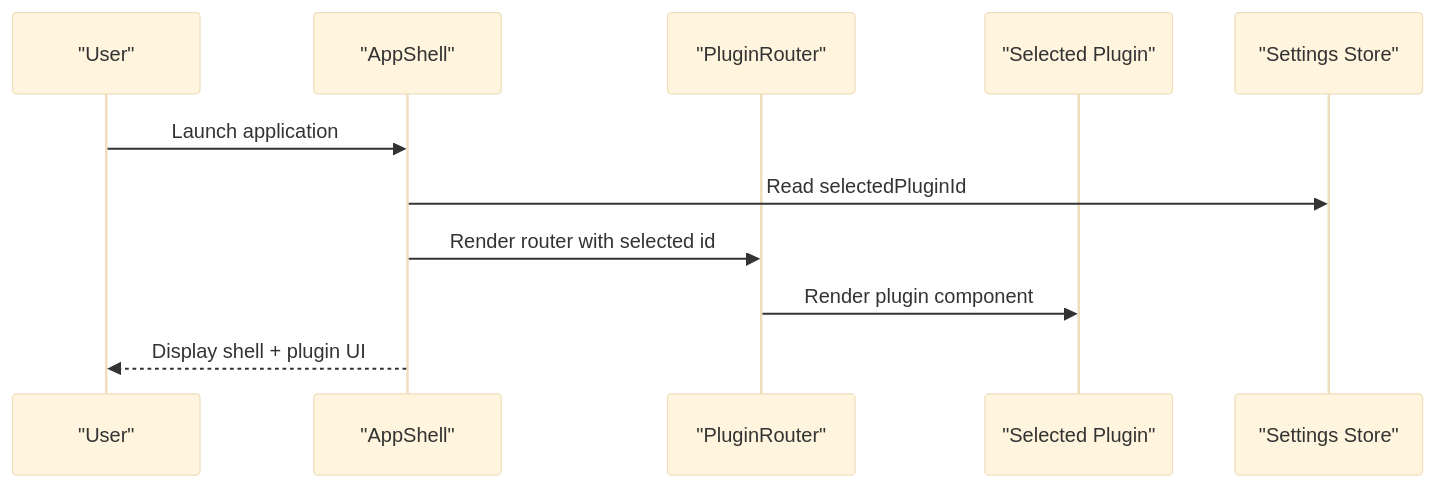
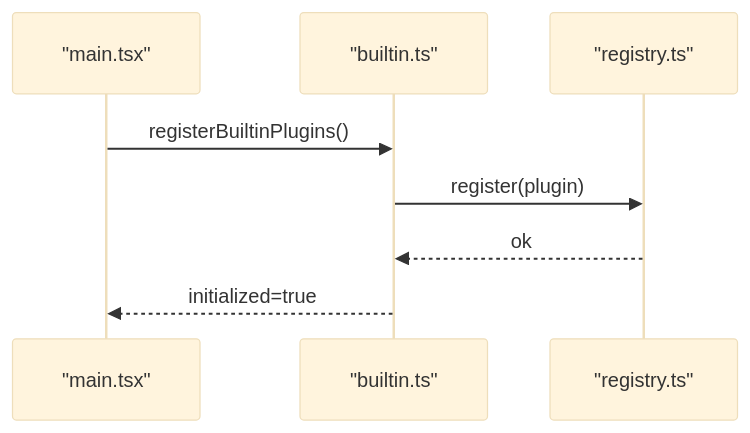
Before and after one commit to DumKing/DevNexus: the fourth of 8 diagrams in .qoder/repowiki/en/content/Architecture Overview/Architecture Overview.md, drawn with Mermaid (base theme). The commit also changed other lines of this file and 96 other files, not shown here.

````diff
--- a/.qoder/repowiki/en/content/Architecture Overview/Architecture Overview.md
+++ b/.qoder/repowiki/en/content/Architecture Overview/Architecture Overview.md
@@ -201,13 +206,10 @@
 ```mermaid
 sequenceDiagram
-participant U as "User"
-participant S as "AppShell"
-participant R as "PluginRouter"
-participant P as "Selected Plugin"
-participant ST as "Settings Store"
-U->>S : Launch application
-S->>ST : Read selectedPluginId
-S->>R : Render router with selected id
-R->>P : Render plugin component
-S-->>U : Display shell + plugin UI
+participant Boot as "main.tsx"
+participant Builtin as "builtin.ts"
+participant Registry as "registry.ts"
+Boot->>Builtin : registerBuiltinPlugins()
+Builtin->>Registry : register(plugin)
+Registry-->>Builtin : ok
+Builtin-->>Boot : initialized=true
 ```
````
